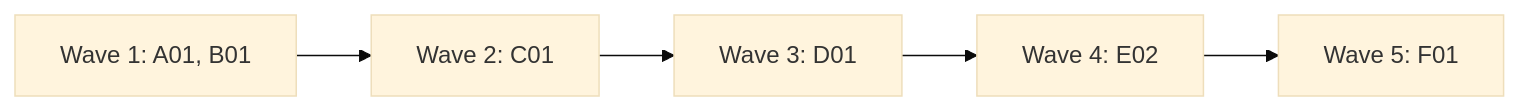
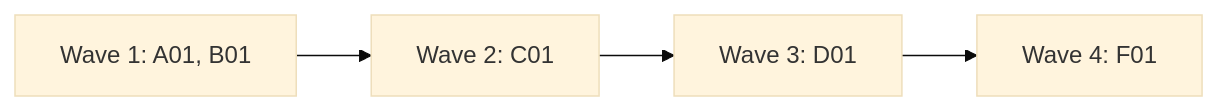
One commit to alfhen/agent-pr-pipeline changed the diagram in docs/plan-0.3.0.md. Above: the diagram before and after it, drawn with Mermaid (base theme). The commit also changed other lines of this file, not shown here.

````diff
--- a/docs/plan-0.3.0.md
+++ b/docs/plan-0.3.0.md
@@ -48,4 +47,4 @@
 ```mermaid
 flowchart LR
-  W1[Wave 1: A01, B01] --> W2[Wave 2: C01] --> W3[Wave 3: D01] --> W4[Wave 4: E02] --> W5[Wave 5: F01]
+  W1[Wave 1: A01, B01] --> W2[Wave 2: C01] --> W3[Wave 3: D01] --> W4[Wave 4: F01]
 ```
````
